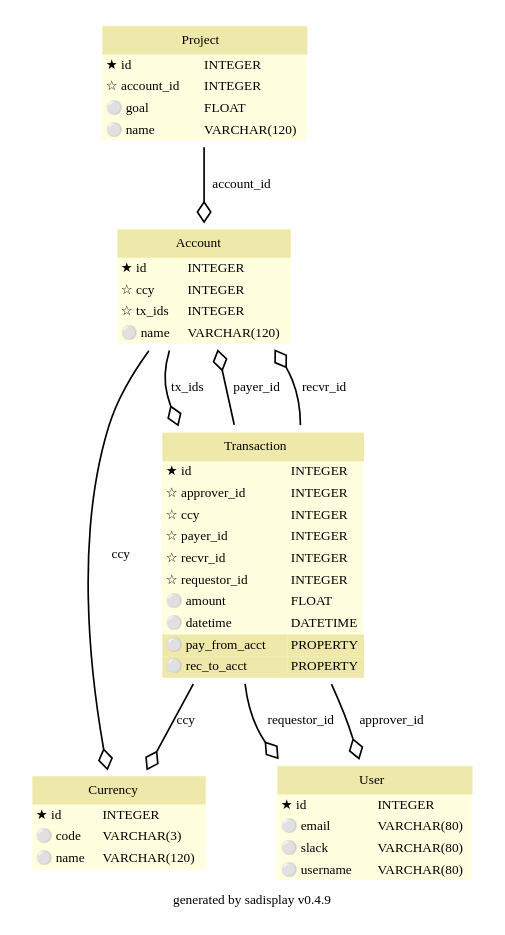
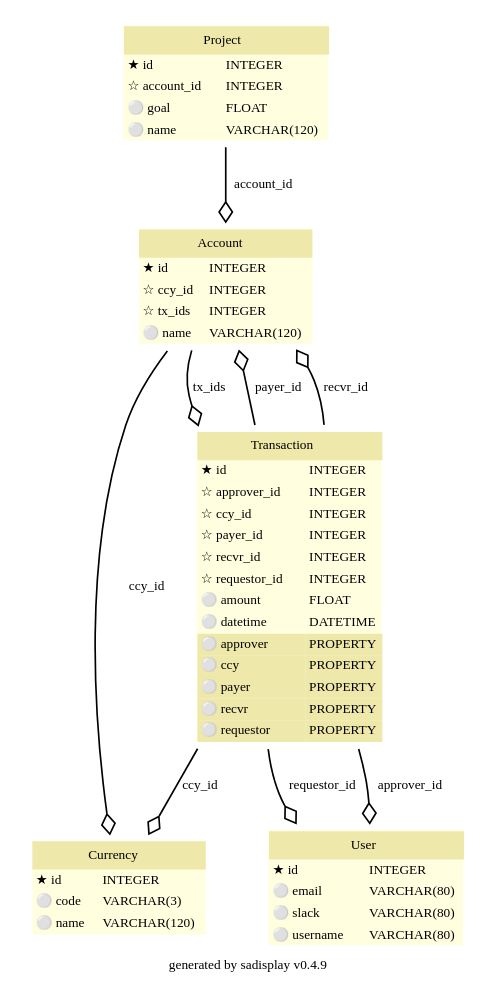
One commit to noisebridge/python-nb-donate changed the diagram in schema.dot. Above: the diagram before and after it, drawn with Graphviz. The commit also changed 2 other files, not shown here.

Commit message:
updating schema doc in README

```diff
--- a/schema.dot
+++ b/schema.dot
@@ -27,7 +27,7 @@
         ></TD><TD ALIGN="LEFT"
         ><FONT FACE="Bitstream Vera Sans">INTEGER</FONT
         ></TD></TR> <TR><TD ALIGN="LEFT" BORDER="0"
-        ><FONT FACE="Bitstream Vera Sans">☆ ccy</FONT
+        ><FONT FACE="Bitstream Vera Sans">☆ ccy_id</FONT
         ></TD><TD ALIGN="LEFT"
         ><FONT FACE="Bitstream Vera Sans">INTEGER</FONT
         ></TD></TR> <TR><TD ALIGN="LEFT" BORDER="0"
@@ -108,7 +108,7 @@
         ></TD><TD ALIGN="LEFT"
         ><FONT FACE="Bitstream Vera Sans">INTEGER</FONT
         ></TD></TR> <TR><TD ALIGN="LEFT" BORDER="0"
-        ><FONT FACE="Bitstream Vera Sans">☆ ccy</FONT
+        ><FONT FACE="Bitstream Vera Sans">☆ ccy_id</FONT
         ></TD><TD ALIGN="LEFT"
         ><FONT FACE="Bitstream Vera Sans">INTEGER</FONT
         ></TD></TR> <TR><TD ALIGN="LEFT" BORDER="0"
@@ -133,12 +133,27 @@
         ><FONT FACE="Bitstream Vera Sans">DATETIME</FONT
         ></TD></TR><TR><TD ALIGN="LEFT" BORDER="0"
         BGCOLOR="palegoldenrod"
-        ><FONT FACE="Bitstream Vera Sans">⚪ pay_from_acct</FONT></TD
+        ><FONT FACE="Bitstream Vera Sans">⚪ approver</FONT></TD
         ><TD BGCOLOR="palegoldenrod" ALIGN="LEFT"
         ><FONT FACE="Bitstream Vera Sans">PROPERTY</FONT
         ></TD></TR> <TR><TD ALIGN="LEFT" BORDER="0"
         BGCOLOR="palegoldenrod"
-        ><FONT FACE="Bitstream Vera Sans">⚪ rec_to_acct</FONT></TD
+        ><FONT FACE="Bitstream Vera Sans">⚪ ccy</FONT></TD
+        ><TD BGCOLOR="palegoldenrod" ALIGN="LEFT"
+        ><FONT FACE="Bitstream Vera Sans">PROPERTY</FONT
+        ></TD></TR> <TR><TD ALIGN="LEFT" BORDER="0"
+        BGCOLOR="palegoldenrod"
+        ><FONT FACE="Bitstream Vera Sans">⚪ payer</FONT></TD
+        ><TD BGCOLOR="palegoldenrod" ALIGN="LEFT"
+        ><FONT FACE="Bitstream Vera Sans">PROPERTY</FONT
+        ></TD></TR> <TR><TD ALIGN="LEFT" BORDER="0"
+        BGCOLOR="palegoldenrod"
+        ><FONT FACE="Bitstream Vera Sans">⚪ recvr</FONT></TD
+        ><TD BGCOLOR="palegoldenrod" ALIGN="LEFT"
+        ><FONT FACE="Bitstream Vera Sans">PROPERTY</FONT
+        ></TD></TR> <TR><TD ALIGN="LEFT" BORDER="0"
+        BGCOLOR="palegoldenrod"
+        ><FONT FACE="Bitstream Vera Sans">⚪ requestor</FONT></TD
         ><TD BGCOLOR="palegoldenrod" ALIGN="LEFT"
         ><FONT FACE="Bitstream Vera Sans">PROPERTY</FONT
         ></TD></TR>
@@ -180,9 +195,9 @@
 		arrowtail = open
 	]
 	"Account" -> "Transaction" [label = "tx_ids"]
-	"Account" -> "Currency" [label = "ccy"]
+	"Account" -> "Currency" [label = "ccy_id"]
 	"Project" -> "Account" [label = "account_id"]
-	"Transaction" -> "Currency" [label = "ccy"]
+	"Transaction" -> "Currency" [label = "ccy_id"]
 	"Transaction" -> "Account" [label = "payer_id"]
 	"Transaction" -> "Account" [label = "recvr_id"]
 	"Transaction" -> "User" [label = "requestor_id"]
```
